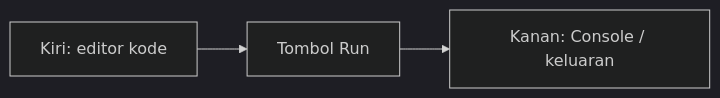
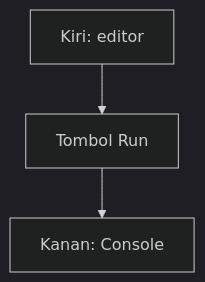
The third of 4 diagrams in modul-00-persiapan/README.md (antonprafanto/mobile2026), drawn with Mermaid (dark theme) before and after one commit. The commit also changed other lines of this file and 3 other files, not shown here.

Commit message:
Crop Modul 00 analogies so GitHub no longer shows tall white diagrams.

````diff
--- a/modul-00-persiapan/README.md
+++ b/modul-00-persiapan/README.md
@@ -104,5 +118,5 @@
 ```mermaid
-flowchart LR
-  A["Kiri: editor kode"] --> B["Tombol Run"]
-  B --> C["Kanan: Console / keluaran"]
+flowchart TB
+  A["Kiri: editor"] --> B["Tombol Run"]
+  B --> C["Kanan: Console"]
 ```
````
